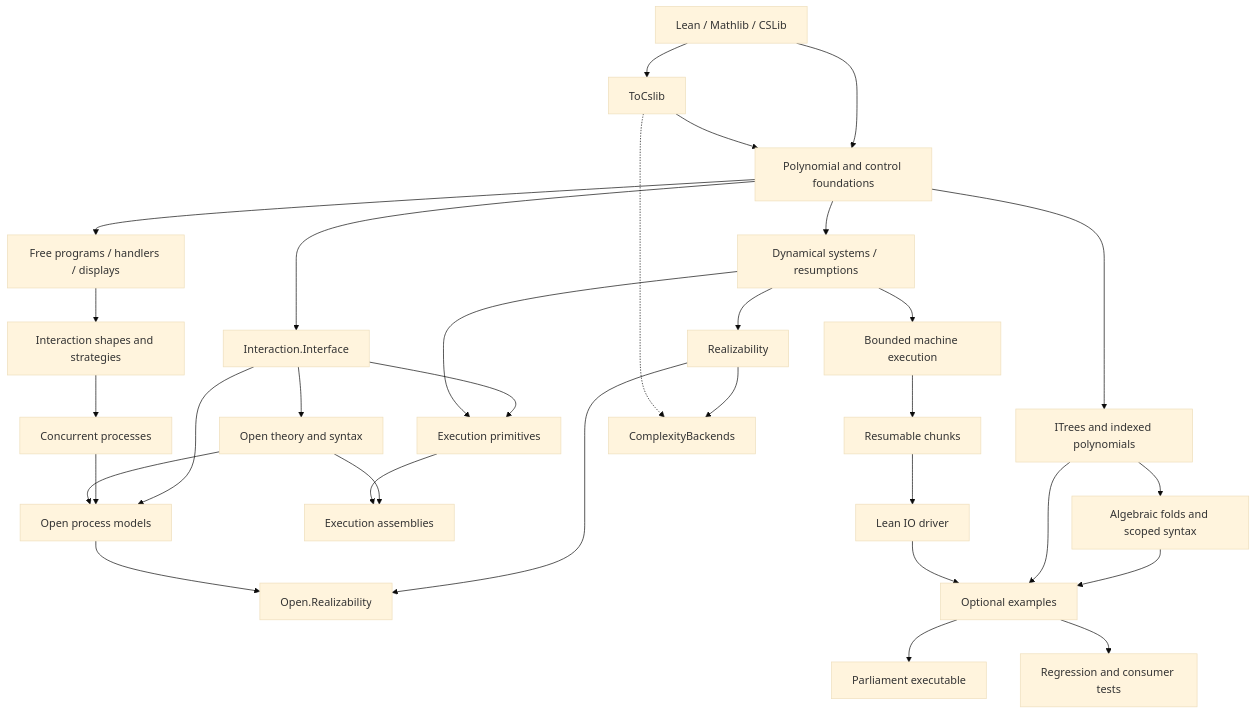
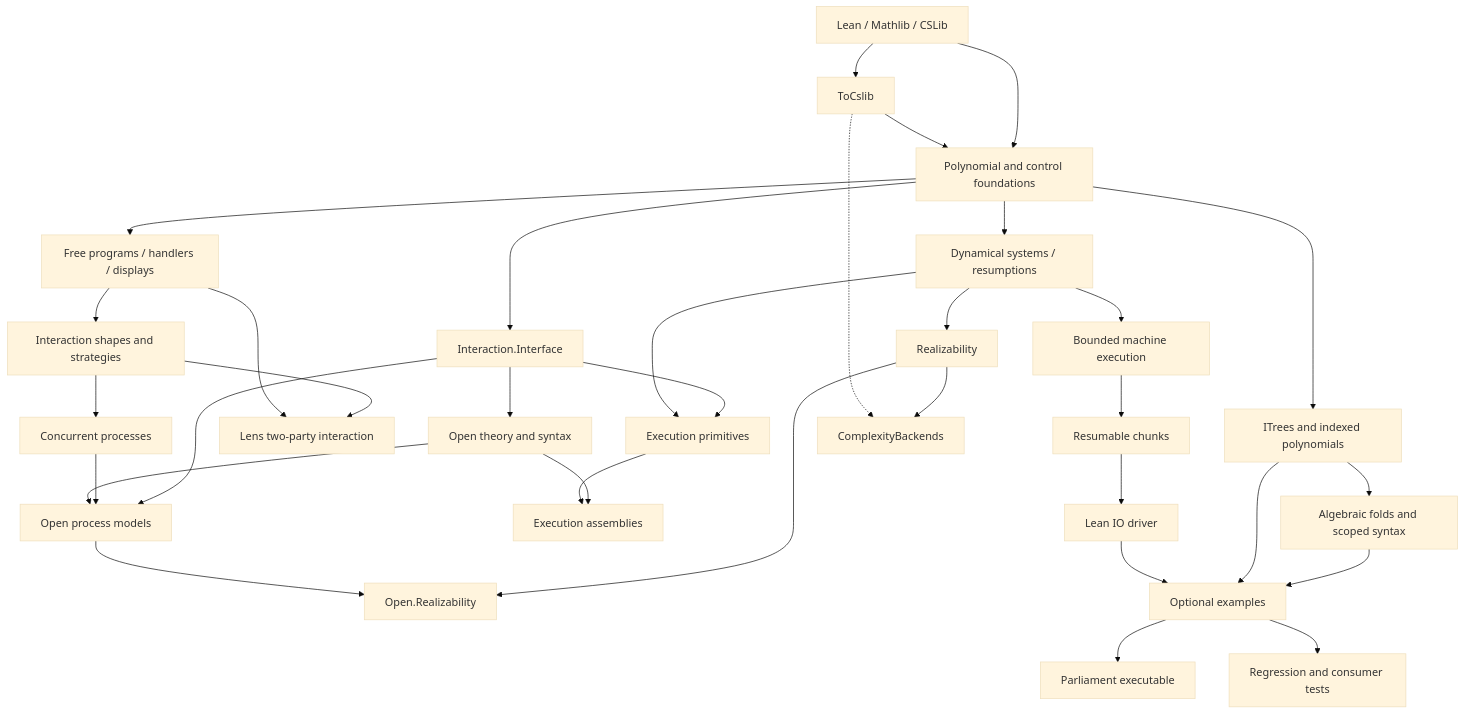
One commit to Verified-zkEVM/PolyFun changed the diagram in docs/reference/repo-map.md. Above: the diagram before and after it, drawn with Mermaid (base theme). The commit also changed other lines of this file and 19 other files, not shown here.

First line of the commit message:
feat(interaction): two-party interactions over an ownership lens (#421)

````diff
--- a/docs/reference/repo-map.md
+++ b/docs/reference/repo-map.md
@@ -92,34 +93,36 @@
 ```mermaid
 flowchart TD
   U[Lean / Mathlib / CSLib] --> T[ToCslib]
   U --> P[Polynomial and control foundations]
   T --> P
   P --> F[Free programs / handlers / displays]
   P --> D[Dynamical systems / resumptions]
   D --> BD[Bounded machine execution]
   BD --> RC[Resumable chunks]
   RC --> IO[Lean IO driver]
   P --> I[ITrees and indexed polynomials]
   F --> S[Interaction shapes and strategies]
+  S --> L[Lens two-party interaction]
+  F --> L
   S --> C[Concurrent processes]
   P --> B[Interaction.Interface]
   B --> O[Open theory and syntax]
   B --> E[Execution primitives]
   D --> E
   O --> A[Execution assemblies]
   E --> A
   B --> OP[Open process models]
   C --> OP
   O --> OP
   D --> R[Realizability]
   R --> OR[Open.Realizability]
   OP --> OR
   R --> AD[ComplexityBackends]
   T -.-> AD
   I --> SF[Algebraic folds and scoped syntax]
   SF --> EX[Optional examples]
   I --> EX
   IO --> EX
   EX --> CLI[Parliament executable]
   EX --> TEST[Regression and consumer tests]
 ```
````
